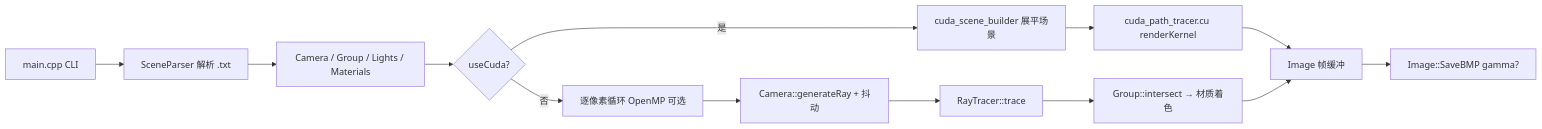
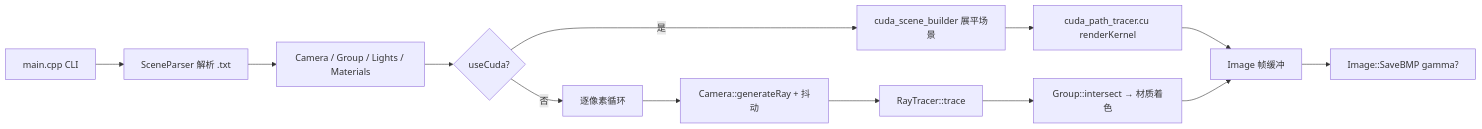
The diagram in code/代码框架.md (eve0how/gpu_xuanran), drawn with Mermaid before and after one commit. The commit also changed other lines of this file and 4 other files, not shown here.

````diff
--- a/code/代码框架.md
+++ b/code/代码框架.md
@@ -139,15 +138,15 @@
 ```mermaid
 flowchart LR
     A[main.cpp CLI] --> B[SceneParser 解析 .txt]
     B --> C[Camera / Group / Lights / Materials]
     C --> D{useCuda?}
     D -->|是| E[cuda_scene_builder 展平场景]
     E --> F[cuda_path_tracer.cu renderKernel]
     F --> G[Image 帧缓冲]
-    D -->|否| H[逐像素循环 OpenMP 可选]
+    D -->|否| H[逐像素循环]
     H --> I[Camera::generateRay + 抖动]
     I --> J[RayTracer::trace]
     J --> K[Group::intersect → 材质着色]
     K --> G
     G --> L[Image::SaveBMP gamma?]
 ```
````
